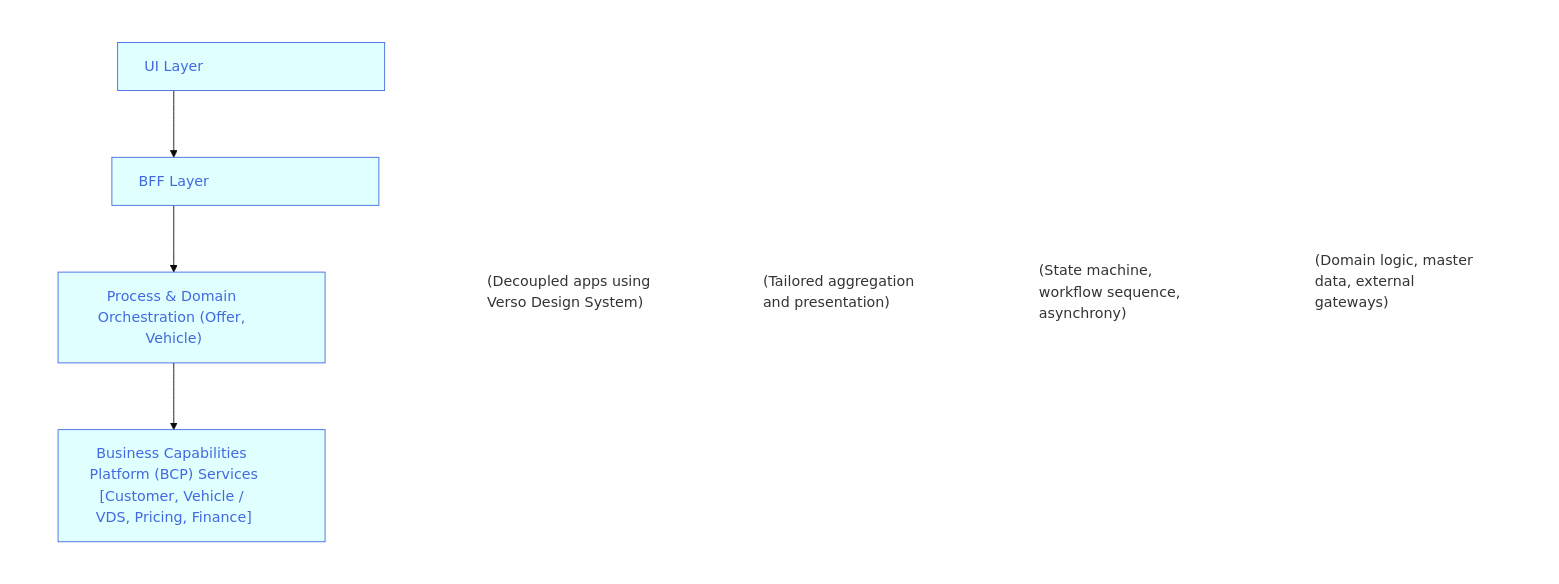
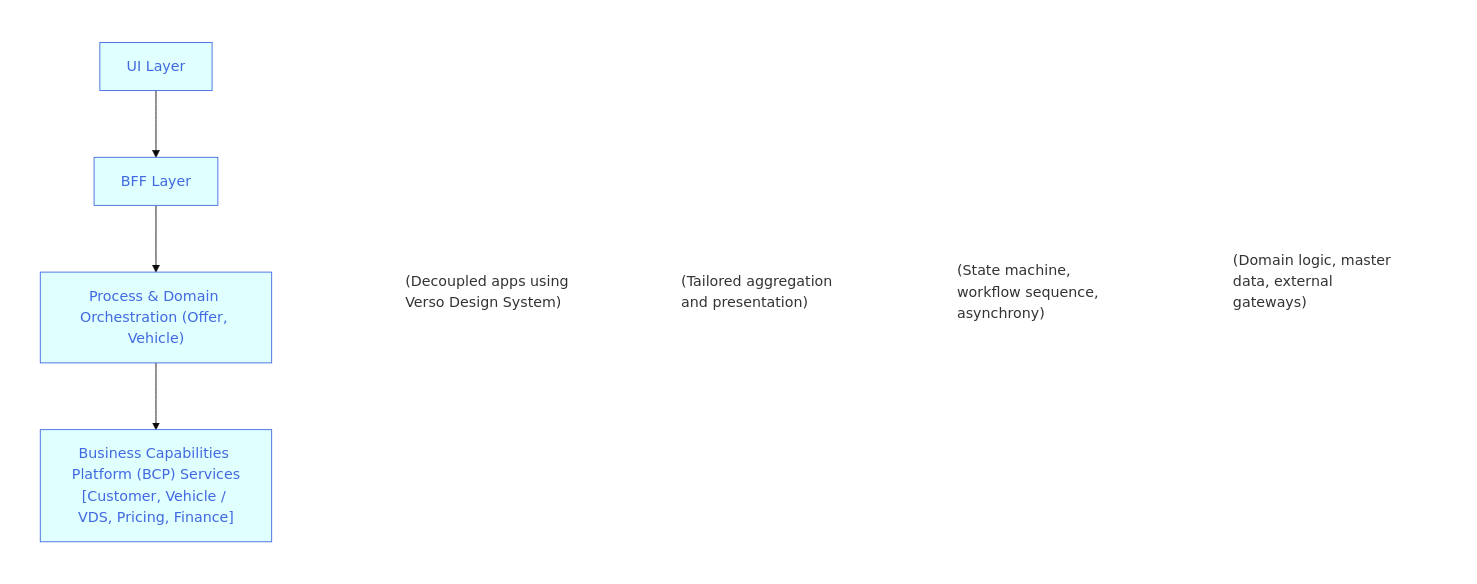
Before and after one commit to joe-dorward/samples: the diagram in buttons_mermaid_v3.md, drawn with Mermaid (base theme).

````diff
--- a/buttons_mermaid_v3.md
+++ b/buttons_mermaid_v3.md
@@ -3,45 +3,45 @@
 ```mermaid
   flowchart LR
 
-  classDef Button fill:lightcyan, stroke:royalblue, color:royalblue, width:300px;
+  classDef Button fill:lightcyan, stroke:royalblue, color:royalblue;
   classDef Note fill:transparent, stroke:transparent, text-align:left;
   %% ---------- ---------- ---------- ---------- ---------- ---------- ---------- ---------- ---------- ----------
   subgraph BUTTONS
     direction TD
 
     BUTTON_01["UI Layer"]:::Button
     click BUTTON_01 "https://en.wikipedia.org/wiki/Main_Page" _blank
 
     BUTTON_02["BFF Layer"]:::Button
     click BUTTON_02 "https://en.wikipedia.org/wiki/Main_Page" _blank
 
     BUTTON_03["Process & Domain Orchestration (Offer, Vehicle)"]:::Button
     click BUTTON_03 "https://en.wikipedia.org/wiki/Main_Page" _blank
 
     BUTTON_04["Business Capabilities Platform (BCP) Services<br/>[Customer, Vehicle / VDS, Pricing, Finance]"]:::Button
     click BUTTON_04 "https://en.wikipedia.org/wiki/Main_Page" _blank
   end
 
   %% ---------- ---------- ---------- ---------- ---------- ---------- ---------- ---------- ---------- ----------
   subgraph NOTES
     direction TD
     BUTTON_01_NOTE["(Decoupled apps using Verso Design System)"]:::Note
     BUTTON_02_NOTE["(Tailored aggregation and presentation)"]:::Note
     BUTTON_03_NOTE["(State machine, workflow sequence, asynchrony)"]:::Note
     BUTTON_04_NOTE["(Domain logic, master data, external gateways)<br/>&nbsp;"]:::Note
   end
   %% ---------- ---------- ---------- ---------- ---------- ---------- ---------- ---------- ---------- ----------
   %% invisibly connect BUTTONS (sub-graph) to NOTES (sub-graph)
   BUTTONS~~~
   NOTES
   %% ---------- ---------- ---------- ---------- ---------- ---------- ---------- ---------- ---------- ----------
   %% connect buttons
   BUTTON_01-->
   BUTTON_02-->
   BUTTON_03-->
   BUTTON_04
   %% ---------- ---------- ---------- ---------- ---------- ---------- ---------- ---------- ---------- ----------
   style BUTTONS fill:transparent,color:white,stroke-width:0px
   style NOTES fill:transparent,color:white,stroke-width:0px
 
 ```
````
